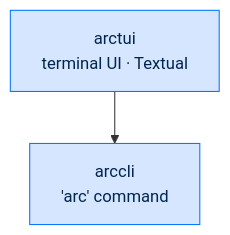
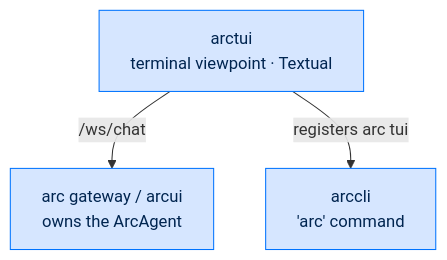
Before and after one commit to joshuamschultz/Arc: the diagram in packages/arctui/README.md, drawn with Mermaid. The commit also changed other lines of this file and 45 other files, not shown here.

````diff
--- a/packages/arctui/README.md
+++ b/packages/arctui/README.md
@@ -28,6 +65,7 @@
 ```mermaid
 flowchart TB
     classDef entry fill:#D6E6FF,stroke:#0073FE,color:#002550
 
-    arctui[arctui<br/>terminal UI · Textual]:::entry --> arccli[arccli<br/>'arc' command]:::entry
+    arctui[arctui<br/>terminal viewpoint · Textual]:::entry -->|/ws/chat| gateway[arc gateway / arcui<br/>owns the ArcAgent]:::entry
+    arctui -->|registers arc tui| arccli[arccli<br/>'arc' command]:::entry
 ```
````
